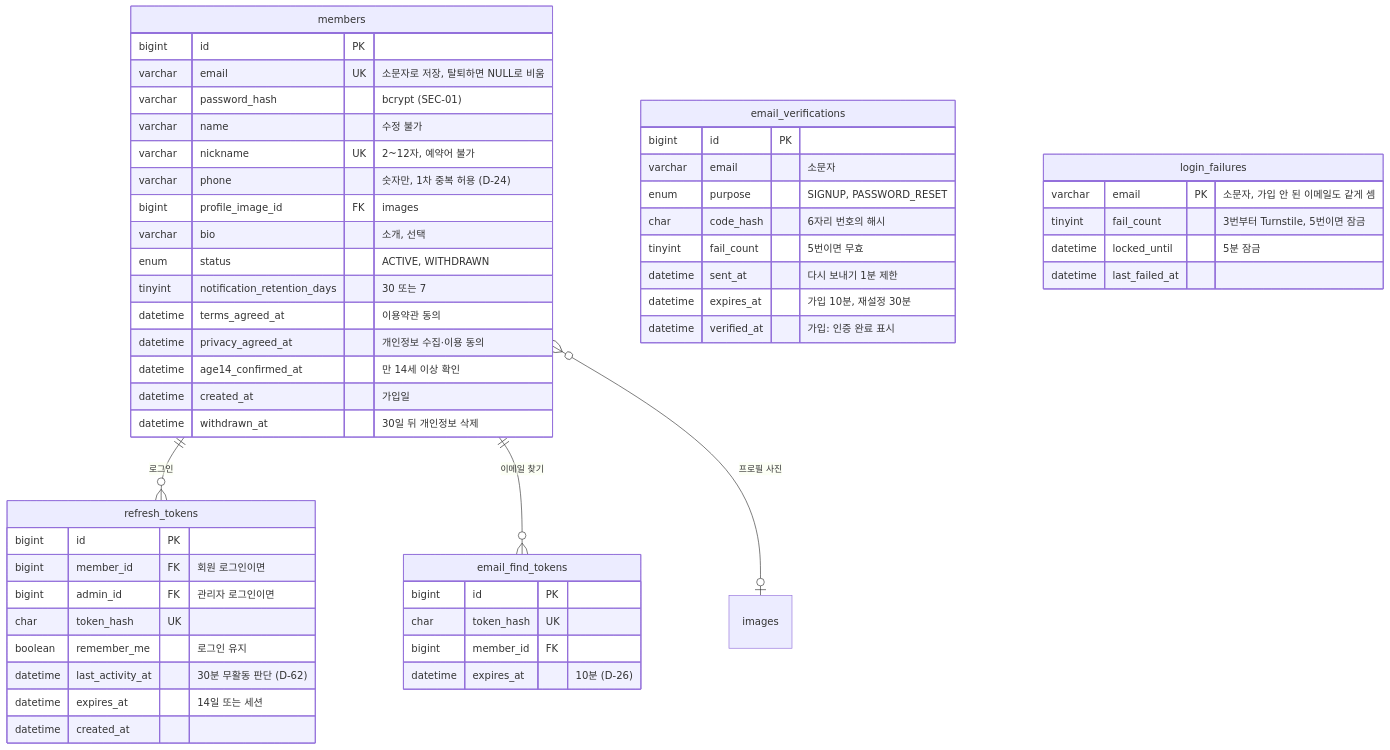
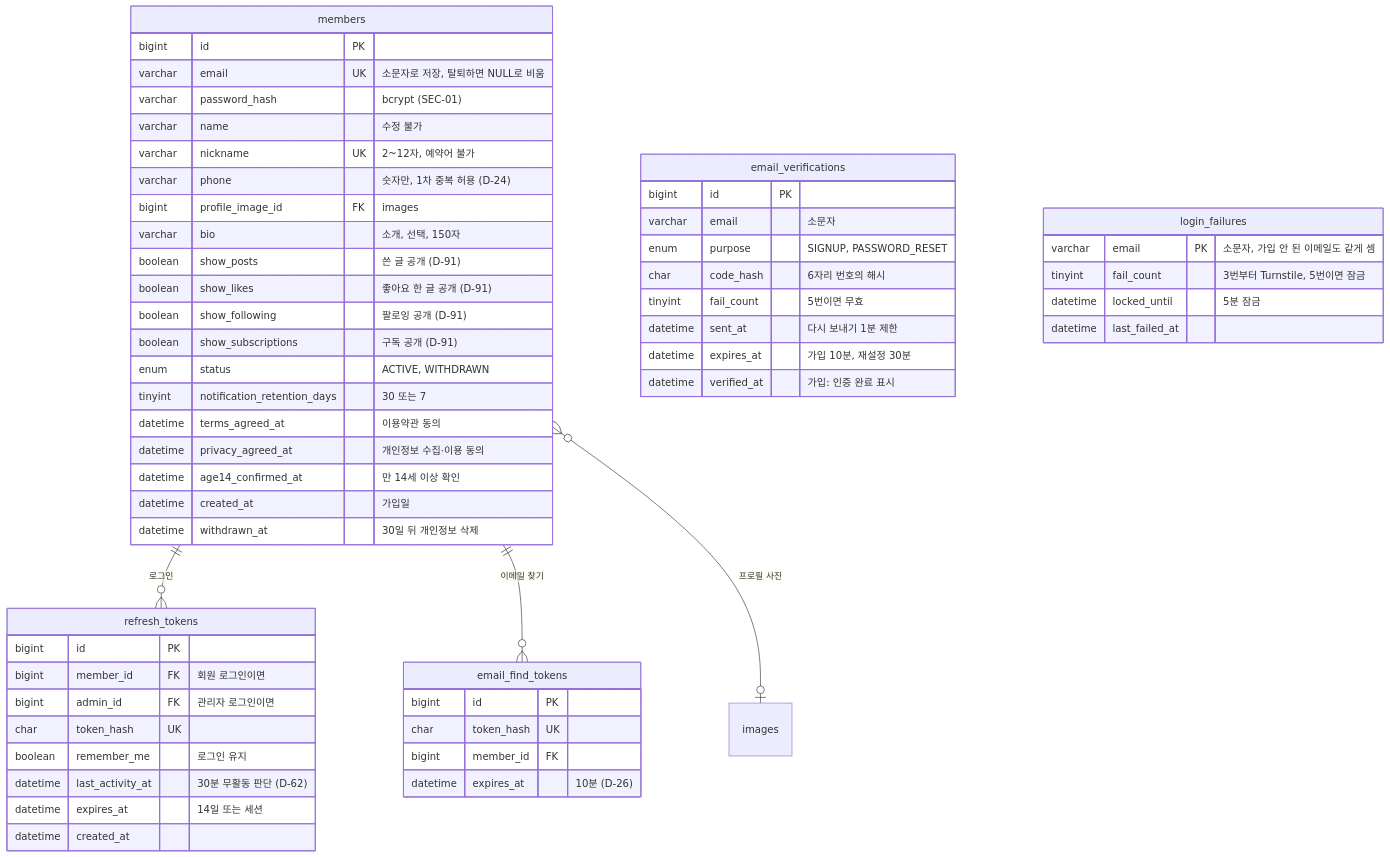
Before and after one commit to blogNM/blogproject: the second of 6 diagrams in docs/04-design/ERD.md, drawn with Mermaid. The commit also changed 25 other files, not shown here.

````diff
--- a/docs/04-design/ERD.md
+++ b/docs/04-design/ERD.md
@@ -48,56 +48,60 @@
 ```mermaid
 erDiagram
     members {
         bigint id PK
         varchar email UK "소문자로 저장, 탈퇴하면 NULL로 비움"
         varchar password_hash "bcrypt (SEC-01)"
         varchar name "수정 불가"
         varchar nickname UK "2~12자, 예약어 불가"
         varchar phone "숫자만, 1차 중복 허용 (D-24)"
         bigint profile_image_id FK "images"
-        varchar bio "소개, 선택"
+        varchar bio "소개, 선택, 150자"
+        boolean show_posts "쓴 글 공개 (D-91)"
+        boolean show_likes "좋아요 한 글 공개 (D-91)"
+        boolean show_following "팔로잉 공개 (D-91)"
+        boolean show_subscriptions "구독 공개 (D-91)"
         enum status "ACTIVE, WITHDRAWN"
         tinyint notification_retention_days "30 또는 7"
         datetime terms_agreed_at "이용약관 동의"
         datetime privacy_agreed_at "개인정보 수집·이용 동의"
         datetime age14_confirmed_at "만 14세 이상 확인"
         datetime created_at "가입일"
         datetime withdrawn_at "30일 뒤 개인정보 삭제"
     }
     email_verifications {
         bigint id PK
         varchar email "소문자"
         enum purpose "SIGNUP, PASSWORD_RESET"
         char code_hash "6자리 번호의 해시"
         tinyint fail_count "5번이면 무효"
         datetime sent_at "다시 보내기 1분 제한"
         datetime expires_at "가입 10분, 재설정 30분"
         datetime verified_at "가입: 인증 완료 표시"
     }
     email_find_tokens {
         bigint id PK
         char token_hash UK
         bigint member_id FK
         datetime expires_at "10분 (D-26)"
     }
     refresh_tokens {
         bigint id PK
         bigint member_id FK "회원 로그인이면"
         bigint admin_id FK "관리자 로그인이면"
         char token_hash UK
         boolean remember_me "로그인 유지"
         datetime last_activity_at "30분 무활동 판단 (D-62)"
         datetime expires_at "14일 또는 세션"
         datetime created_at
     }
     login_failures {
         varchar email PK "소문자, 가입 안 된 이메일도 같게 셈"
         tinyint fail_count "3번부터 Turnstile, 5번이면 잠금"
         datetime locked_until "5분 잠금"
         datetime last_failed_at
     }
 
     members ||--o{ refresh_tokens : "로그인"
     members ||--o{ email_find_tokens : "이메일 찾기"
     members }o--o| images : "프로필 사진"
 ```
````
